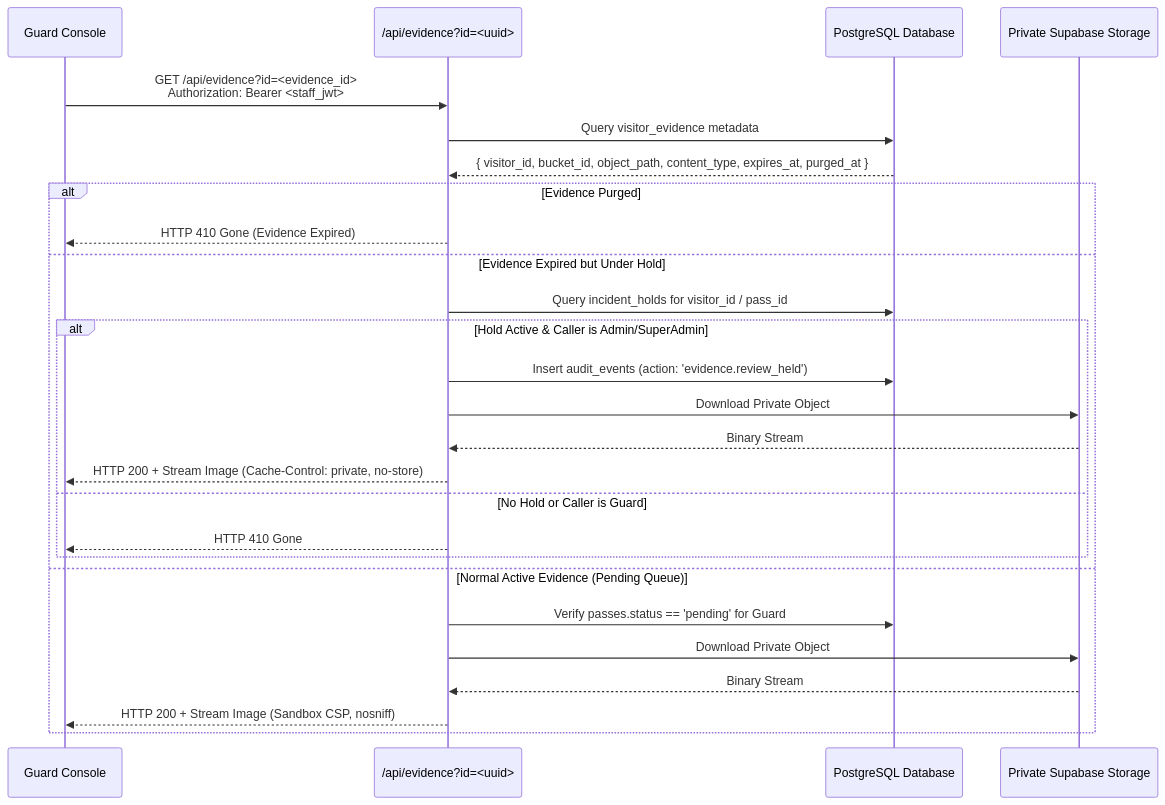
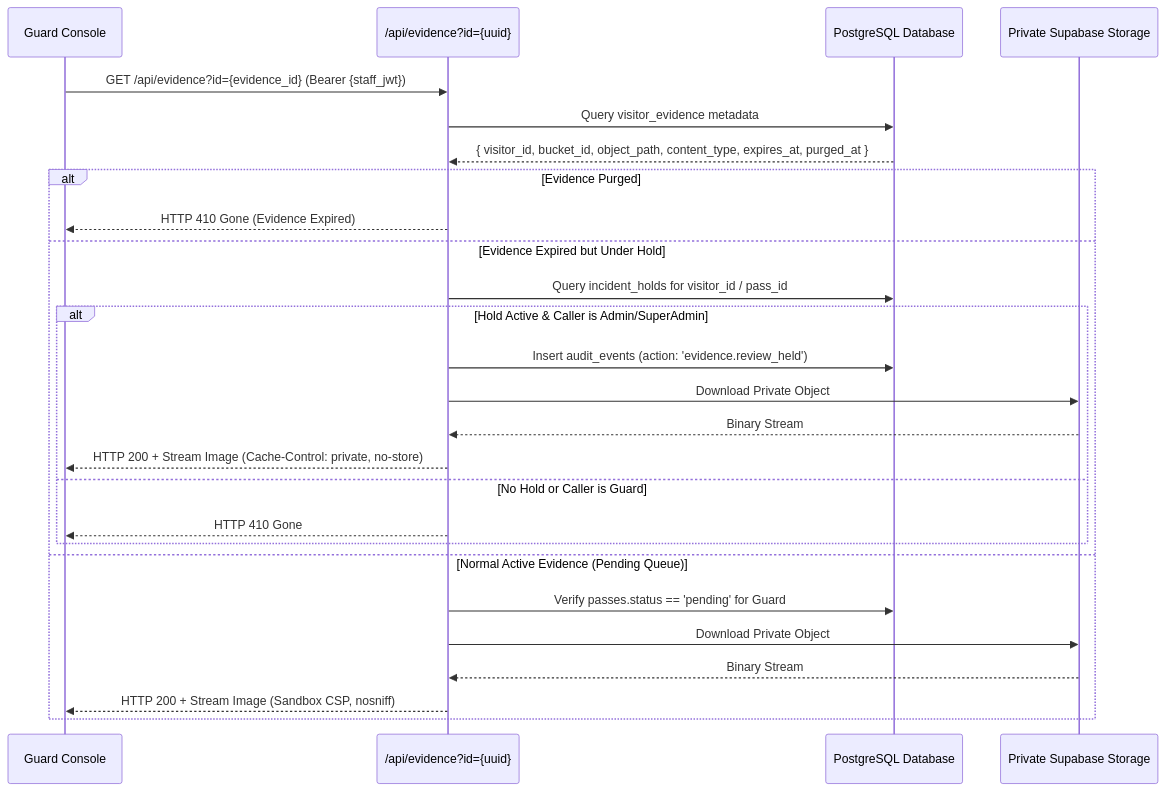
Before and after one commit to jsphhbna/egatepass: the ninth of 13 diagrams in docs/SECURITY.md, drawn with Mermaid. The commit also changed other lines of this file and 12 other files, not shown here.

Commit message:
docs: fix Mermaid rendering and documentation drift

````diff
--- a/docs/SECURITY.md
+++ b/docs/SECURITY.md
@@ -290,30 +290,30 @@
 ```mermaid
 sequenceDiagram
     participant G as Guard Console
-    participant API as /api/evidence?id=<uuid>
+    participant API as /api/evidence?id={uuid}
     participant DB as PostgreSQL Database
     participant Storage as Private Supabase Storage
 
-    G->>API: GET /api/evidence?id=<evidence_id><br/>Authorization: Bearer <staff_jwt>
+    G->>API: GET /api/evidence?id={evidence_id} (Bearer {staff_jwt})
     API->>DB: Query visitor_evidence metadata
     DB-->>API: { visitor_id, bucket_id, object_path, content_type, expires_at, purged_at }
 
     alt Evidence Purged
         API-->>G: HTTP 410 Gone (Evidence Expired)
     else Evidence Expired but Under Hold
         API->>DB: Query incident_holds for visitor_id / pass_id
         alt Hold Active & Caller is Admin/SuperAdmin
             API->>DB: Insert audit_events (action: 'evidence.review_held')
             API->>Storage: Download Private Object
             Storage-->>API: Binary Stream
             API-->>G: HTTP 200 + Stream Image (Cache-Control: private, no-store)
         else No Hold or Caller is Guard
             API-->>G: HTTP 410 Gone
         end
     else Normal Active Evidence (Pending Queue)
         API->>DB: Verify passes.status == 'pending' for Guard
         API->>Storage: Download Private Object
         Storage-->>API: Binary Stream
         API-->>G: HTTP 200 + Stream Image (Sandbox CSP, nosniff)
     end
 ```
````
